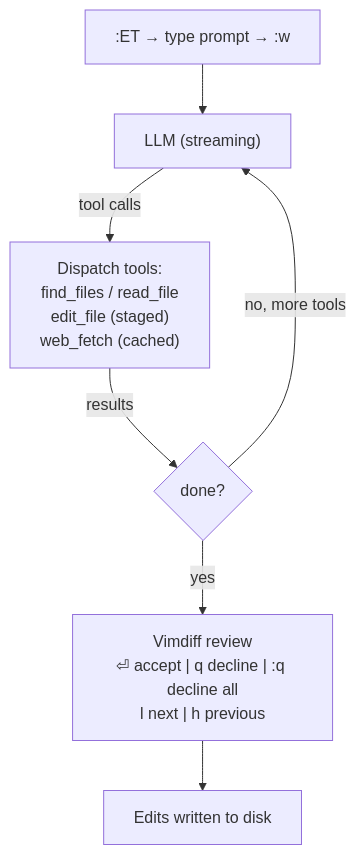
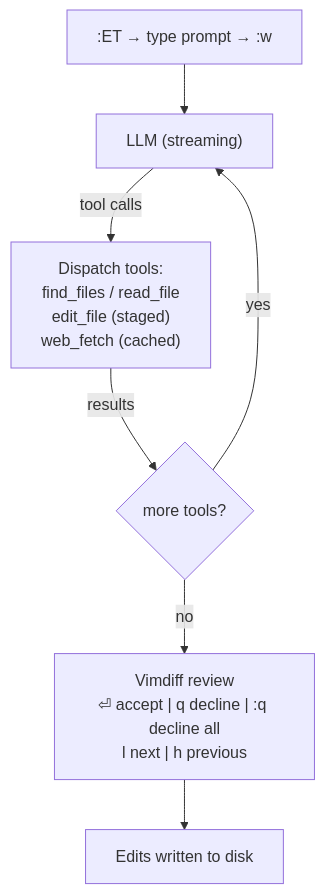
One commit to FramedStone/ET-nvim changed the diagram in README.md. Above: the diagram before and after it, drawn with Mermaid. The commit also changed other lines of this file and 1 other file, not shown here.

````diff
--- a/README.md
+++ b/README.md
@@ -203,9 +203,9 @@
 ```mermaid
 flowchart TD
     A[":ET → type prompt → :w<CR>"] --> B["LLM (streaming)"]
     B -->|"tool calls"| C["Dispatch tools:<br/>find_files / read_file<br/>edit_file (staged)<br/>web_fetch (cached)"]
-    C -->|"results"| D{"done?"}
-    D -->|"no, more tools"| B
-    D -->|"yes"| E["Vimdiff review<br/>⏎ accept | q decline | :q decline all<br/>l next | h previous"]
+    C -->|"results"| D{"more tools?"}
+    D -->|"yes"| B
+    D -->|"no"| E["Vimdiff review<br/>⏎ accept | q decline | :q decline all<br/>l next | h previous"]
     E --> F["Edits written to disk"]
 ```
````
